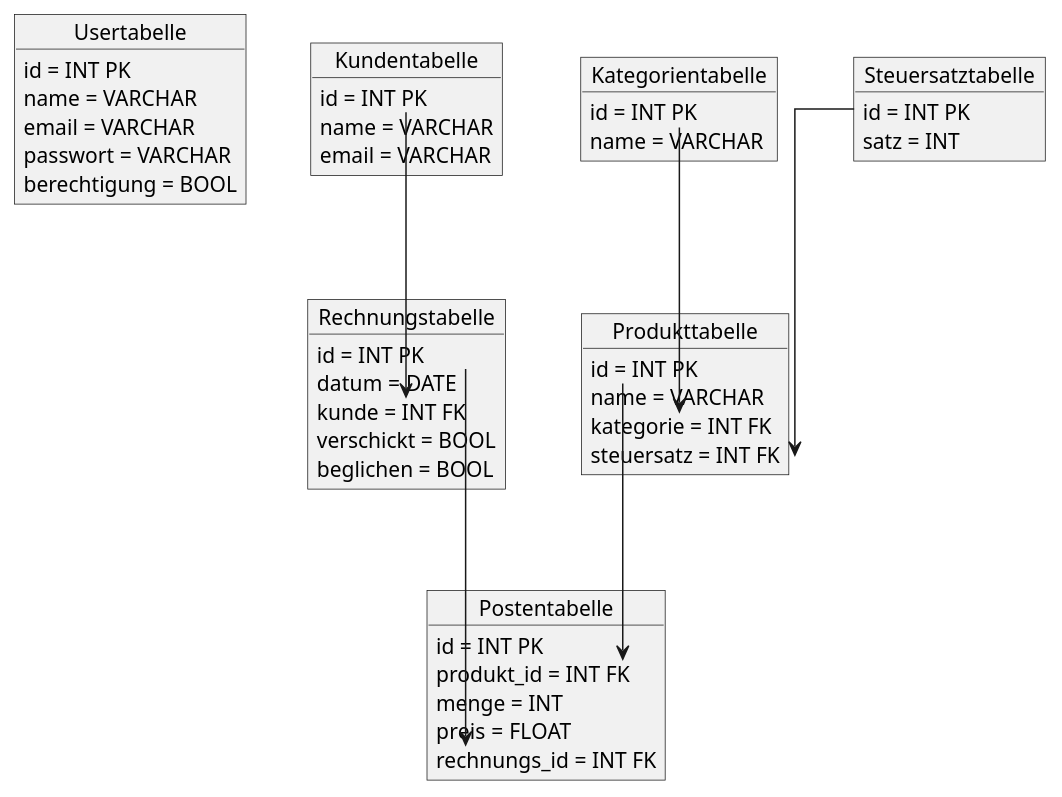
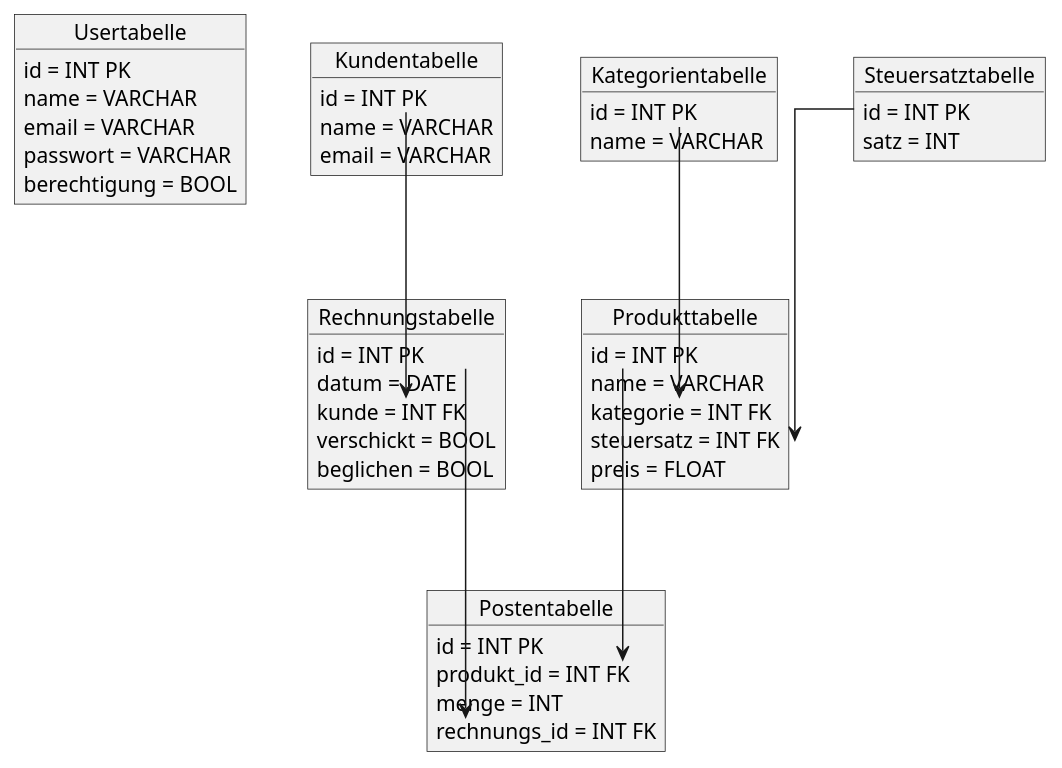
Before and after one commit to Malte-cbm/node_projekt: the diagram in tabellen.pu, drawn with PlantUML. The commit also changed other lines of this file and 2 other files, not shown here.

```diff
--- a/tabellen.pu
+++ b/tabellen.pu
@@ -1,62 +1,62 @@
 @startuml Tabellenschema
 
 skinparam Linetype ortho
 object Usertabelle {
 
     id = INT PK 
     name = VARCHAR
     email = VARCHAR
     passwort = VARCHAR
     berechtigung = BOOL
 }
 
 object Produkttabelle {
 
     id = INT PK
     name = VARCHAR
     kategorie = INT FK
     steuersatz = INT FK
+    preis = FLOAT
 }
 
 object Kategorientabelle {
 
     id = INT PK
     name = VARCHAR
 }
 
 object Steuersatztabelle{
     id = INT PK
     satz = INT
 }
 
 Kategorientabelle::id --> Produkttabelle::kategorie
 Steuersatztabelle::id --> Produkttabelle::steuersatz
 
 object Kundentabelle{
     id = INT PK
     name = VARCHAR
     email = VARCHAR
     
 }
 
 object Rechnungstabelle {
     id = INT PK
     datum = DATE
     kunde = INT FK
     verschickt = BOOL
     beglichen = BOOL
 }
 
 object Postentabelle {
 
     id = INT PK
     produkt_id = INT FK
     menge = INT
-    preis = FLOAT
     rechnungs_id = INT FK
 }
 
 Kundentabelle::id --> Rechnungstabelle::kunde
 Rechnungstabelle::id -->Postentabelle::rechnungs_id
 Produkttabelle::id --> Postentabelle::produkt_id
 @enduml
```
